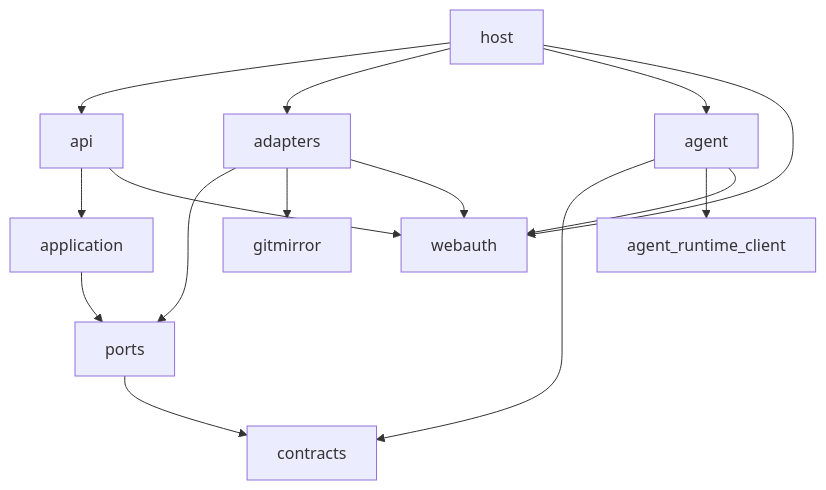
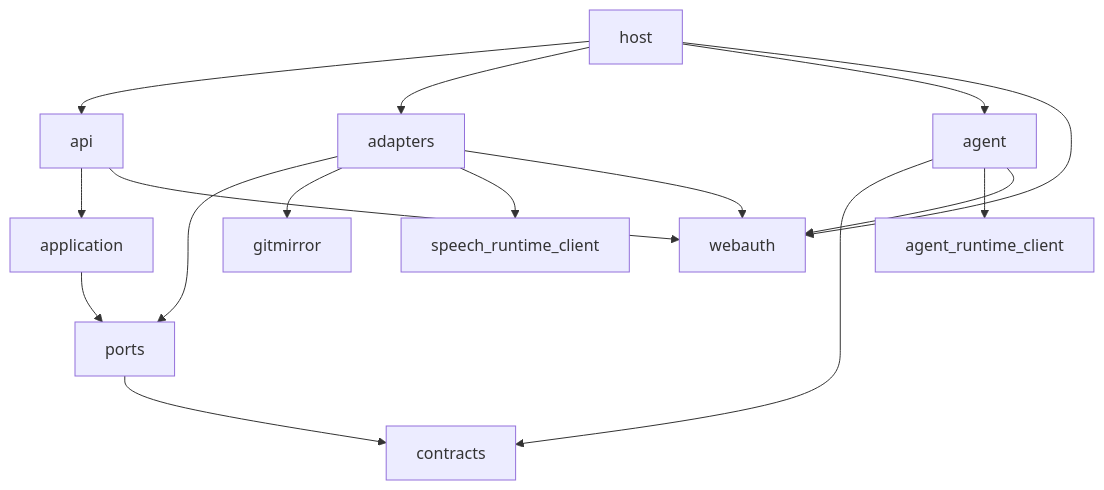
Before and after one commit to overnightworks/presentator: the second of 3 diagrams in docs/ARCHITECTURE.md, drawn with Mermaid. The commit also changed other lines of this file and 42 other files, not shown here.

First line of the commit message:
The co-presenter speaks and hears through the speech client v0.5.0 (#911)

````diff
--- a/docs/ARCHITECTURE.md
+++ b/docs/ARCHITECTURE.md
@@ -27,17 +27,18 @@
 ```mermaid
 flowchart TD
     host --> api
     host --> adapters
     host --> agent
     api --> application
     adapters --> ports
     agent --> contracts
     application --> ports
     ports --> contracts
     adapters --> gitmirror
     agent --> arc[agent_runtime_client]
+    adapters --> src[speech_runtime_client]
     host --> webauth
     api --> webauth
     agent --> webauth
     adapters --> webauth
 ```
````
